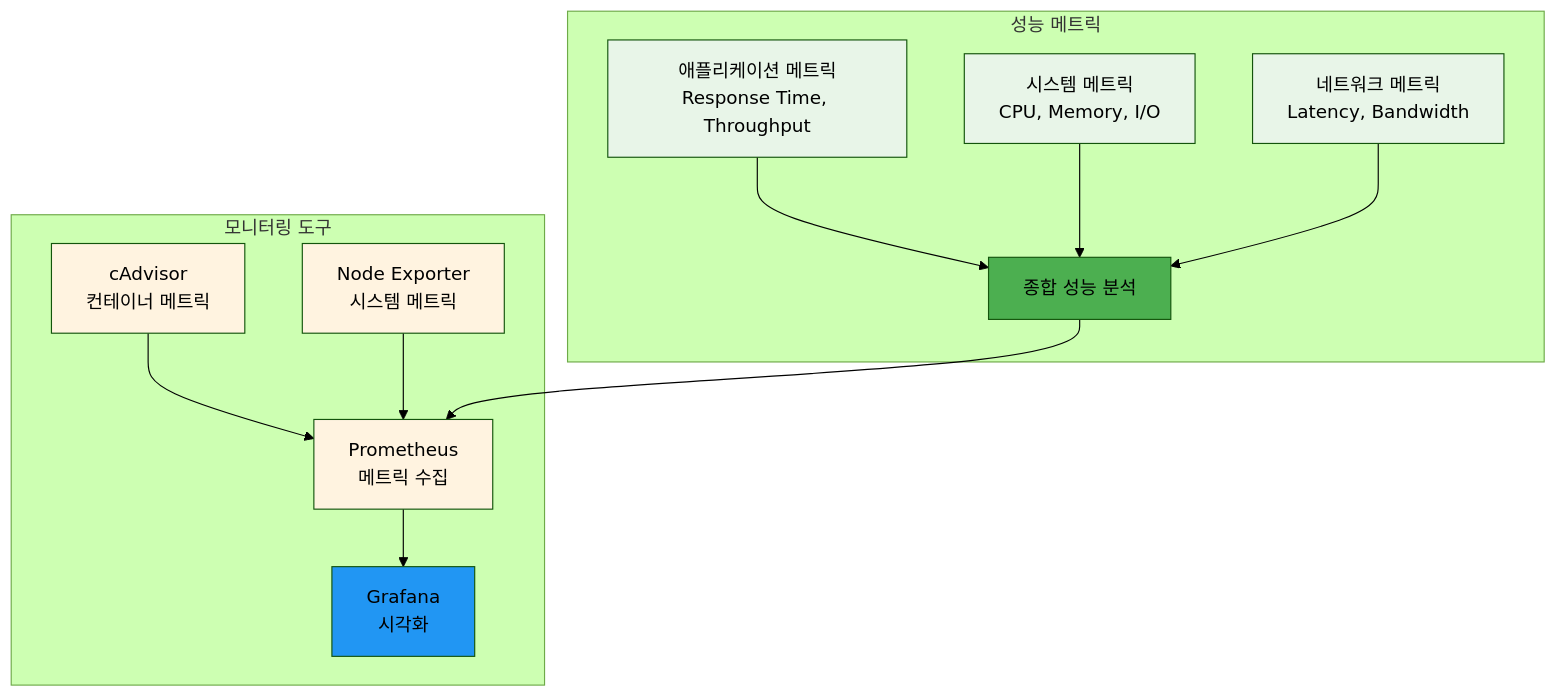
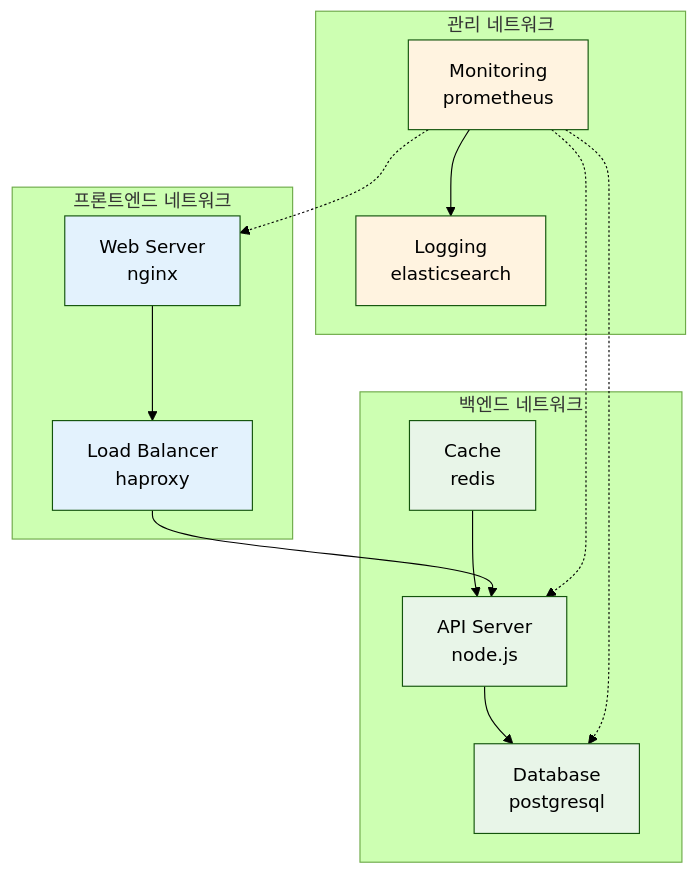
One commit to niceguy61/kdt_devops_lecture_2025 changed the second of 3 diagrams in theory/week_02/day3/session_2.md. Above: the diagram before and after it, drawn with Mermaid (forest theme). The commit also changed other lines of this file and 7 other files, not shown here.

````diff
--- a/theory/week_02/day3/session_2.md
+++ b/theory/week_02/day3/session_2.md
@@ -89,25 +111,28 @@
 ```mermaid
 graph TB
-    subgraph "성능 메트릭"
-        A[애플리케이션 메트릭<br/>Response Time, Throughput] --> D[종합 성능 분석]
-        B[시스템 메트릭<br/>CPU, Memory, I/O] --> D
-        C[네트워크 메트릭<br/>Latency, Bandwidth] --> D
+    subgraph "프론트엔드 네트워크"
+        A[Web Server<br/>nginx] --> B[Load Balancer<br/>haproxy]
     end
     
-    subgraph "모니터링 도구"
-        E[Prometheus<br/>메트릭 수집] --> F[Grafana<br/>시각화]
-        G[cAdvisor<br/>컨테이너 메트릭] --> E
-        H[Node Exporter<br/>시스템 메트릭] --> E
+    subgraph "백엔드 네트워크"
+        C[API Server<br/>node.js] --> D[Database<br/>postgresql]
+        E[Cache<br/>redis] --> C
     end
     
-    D --> E
+    subgraph "관리 네트워크"
+        F[Monitoring<br/>prometheus] --> G[Logging<br/>elasticsearch]
+    end
     
-    style A fill:#e8f5e8
-    style B fill:#e8f5e8
+    B --> C
+    F -.-> A
+    F -.-> C
+    F -.-> D
+    
+    style A fill:#e3f2fd
+    style B fill:#e3f2fd
     style C fill:#e8f5e8
-    style D fill:#4caf50
-    style E fill:#fff3e0
-    style F fill:#2196f3
+    style D fill:#e8f5e8
+    style E fill:#e8f5e8
+    style F fill:#fff3e0
     style G fill:#fff3e0
-    style H fill:#fff3e0
 ```
````
